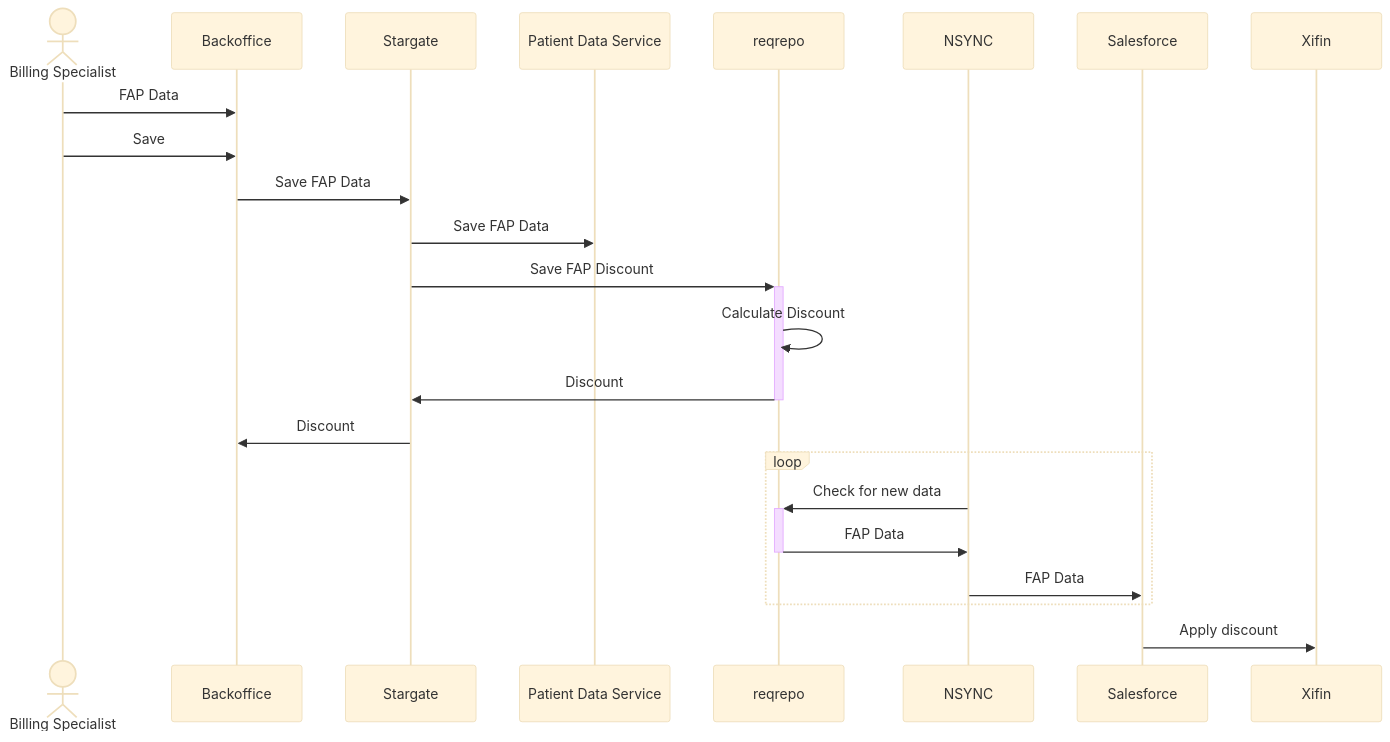
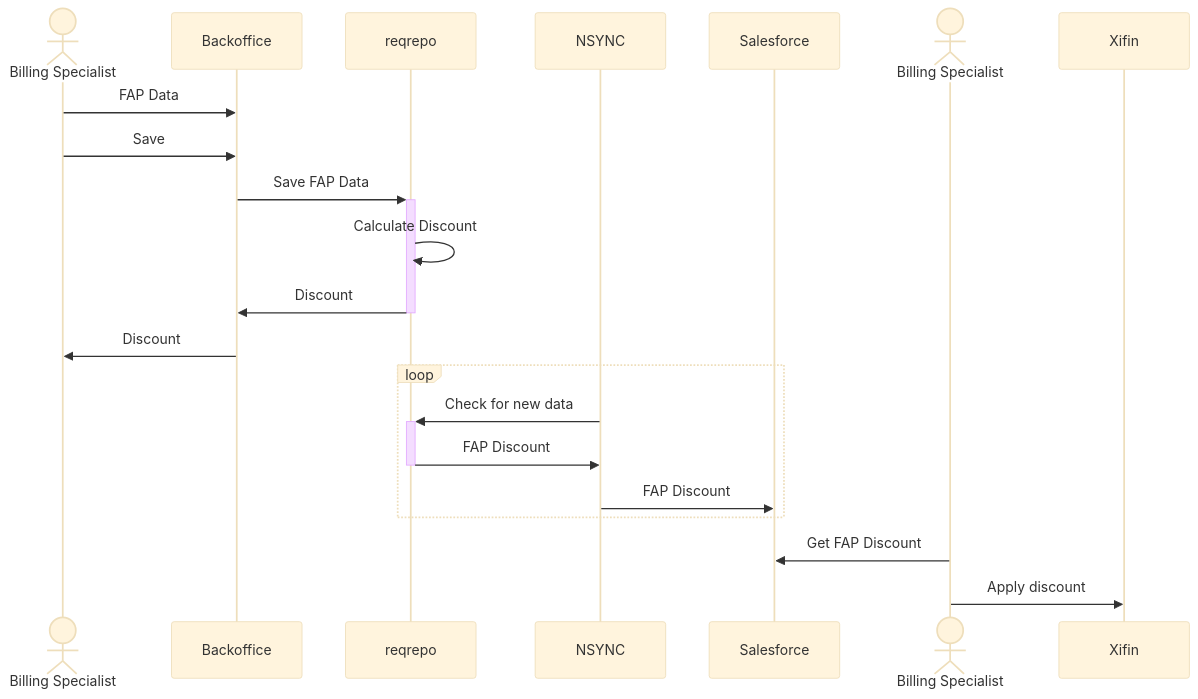
Before and after one commit to jd-brennan/doc: the first of 5 diagrams in playground/playground.md, drawn with Mermaid (base theme). The commit also changed other lines of this file, not shown here.

Commit message:
FAP_seq_diag_v6

````diff
--- a/playground/playground.md
+++ b/playground/playground.md
@@ -19,28 +19,26 @@
 ```mermaid
 sequenceDiagram
     actor BS as Billing Specialist
     participant BO as Backoffice
-    participant SG as Stargate
-    participant PD as Patient Data Service
     participant RR as reqrepo
     participant NS as NSYNC
     participant SF as Salesforce
+    actor B2 as Billing Specialist
     participant XI as Xifin
 
     BS->>BO: FAP Data
     BS->>BO: Save
-    BO->>SG: Save FAP Data
-    SG->>PD: Save FAP Data
-    SG->>+RR: Save FAP Discount
+    BO->>+RR: Save FAP Data
     RR->>RR: Calculate Discount
-    RR->>-SG: Discount
-    SG->>BO: Discount
+    RR->>-BO: Discount
+    BO->>BS: Discount
 
     loop
         NS->>+RR: Check for new data
-        RR->>-NS: FAP Data
-        NS->>SF: FAP Data
+        RR->>-NS: FAP Discount
+        NS->>SF: FAP Discount
     end
-    SF->>XI: Apply discount
+    B2->>SF: Get FAP Discount
+    B2->>XI: Apply discount
 
 ```
````
